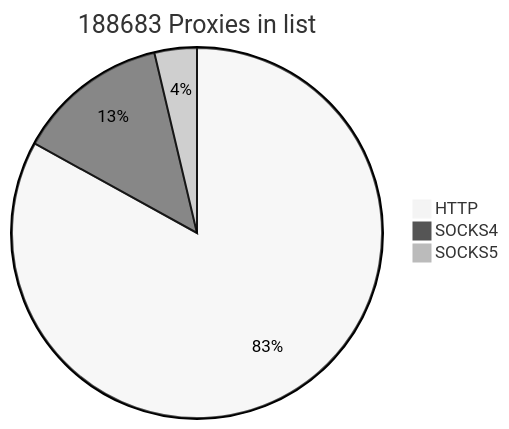
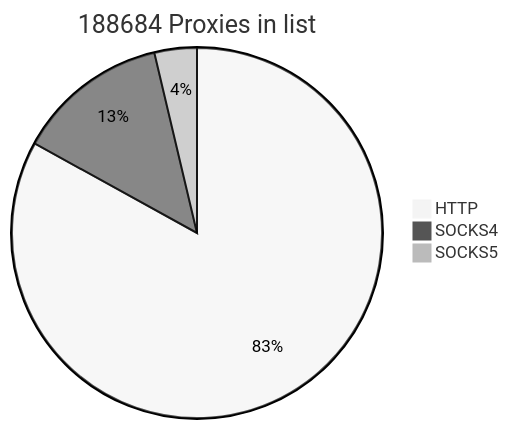
The first of 2 diagrams in README.md (cutipu/proxylist), drawn with Mermaid (neutral theme) before and after one commit. The commit also changed other lines of this file, not shown here.

````diff
--- a/README.md
+++ b/README.md
@@ -2,7 +2,7 @@
 ```mermaid
-pie title 188683 Proxies in list
+pie title 188684 Proxies in list
     "HTTP" : 156658
-    "SOCKS4" : 25047
-    "SOCKS5" : 6978
+    "SOCKS4" : 25046
+    "SOCKS5" : 6980
             
 ```
````
